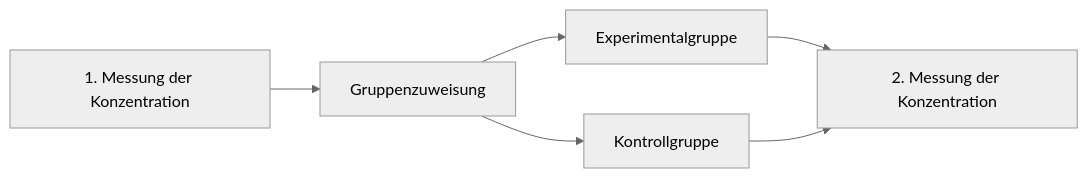
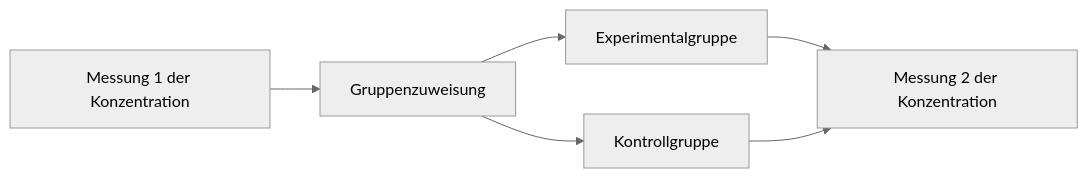
The fourth of 10 diagrams in 050-Explikation.qmd (sebastiansauer/fopra), drawn with Mermaid (neutral theme) before and after one commit. The commit also changed other lines of this file and 6 other files, not shown here.

````diff
--- a/050-Explikation.qmd
+++ b/050-Explikation.qmd
@@ -416,10 +416,10 @@
 ```{mermaid}
 %%| label: fig-between
 %%| fig-cap: Beispiel für ein Between-Subject-Design
-flowchart LR
-  M1[1. Messung der Konzentration] --> R[Gruppenzuweisung]
+graph LR
+  M1[Messung 1 der Konzentration] --> R[Gruppenzuweisung]
   R --> G1[Experimentalgruppe]
   R --> G2[Kontrollgruppe]
-  G1 --> M2[2. Messung der Konzentration]
-  G2 --> M2[2. Messung der Konzentration]  
+  G1 --> M2[Messung 2 der Konzentration]
+  G2 --> M2[Messung 2 der Konzentration]  
 ```
````
